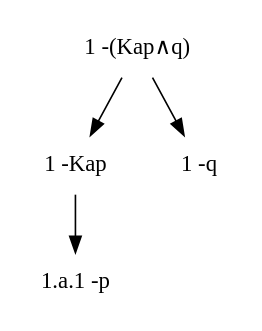
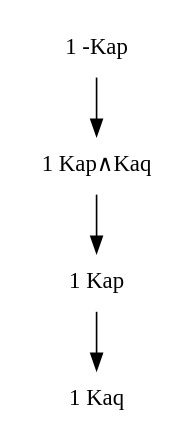
One commit to cagve/epistemic-tree changed the diagram in lib/dots/graph_test.dot. Above: the diagram before and after it, drawn with Graphviz. The commit also changed 11 other files, not shown here.

```diff
--- a/lib/dots/graph_test.dot
+++ b/lib/dots/graph_test.dot
@@ -1,10 +1,10 @@
 digraph G {
 node[shape = none]
-1[label="1 -(Kap∧q)"];
-11[label="1 -Kap"];
-111[label="1.a.1 -p"];
-12[label="1 -q"];
+1[label="1 -Kap"];
+11[label="1 Kap∧Kaq"];
+111[label="1 Kap"];
+1111[label="1 Kaq"];
 1 -> 11;
-1 -> 12;
 11 -> 111;
+111 -> 1111;
 }
```
